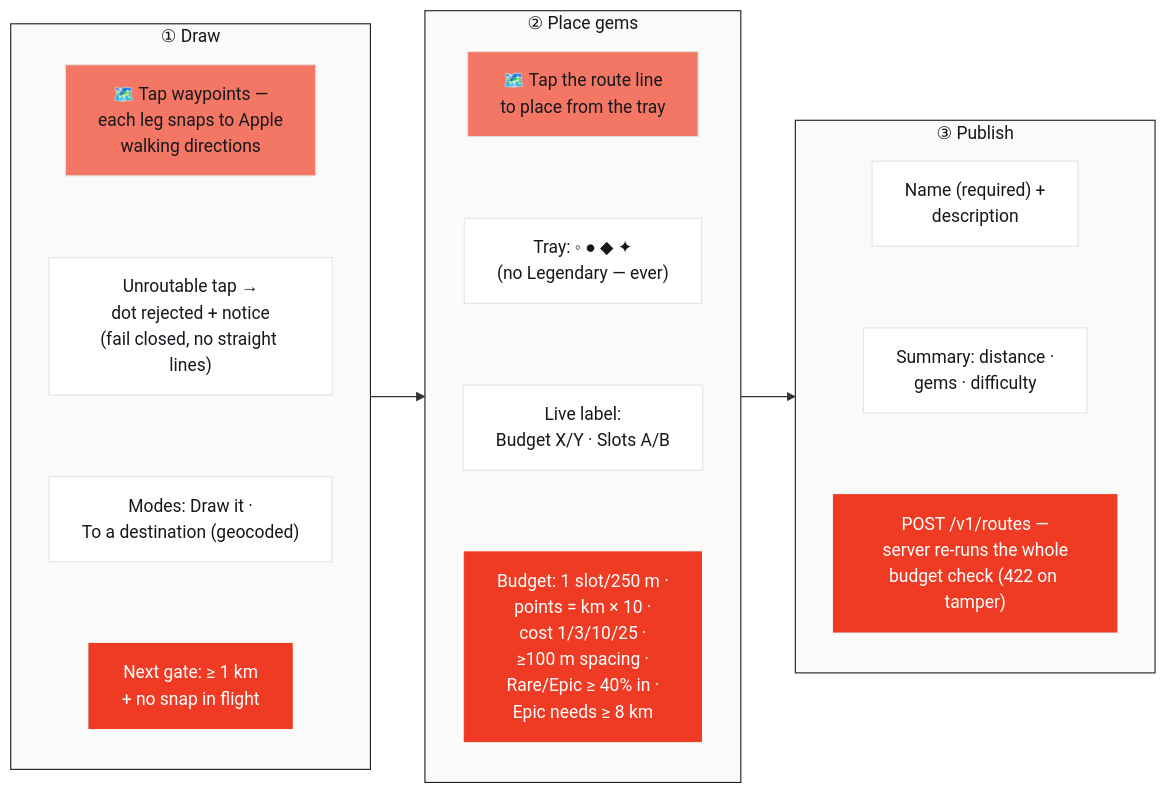
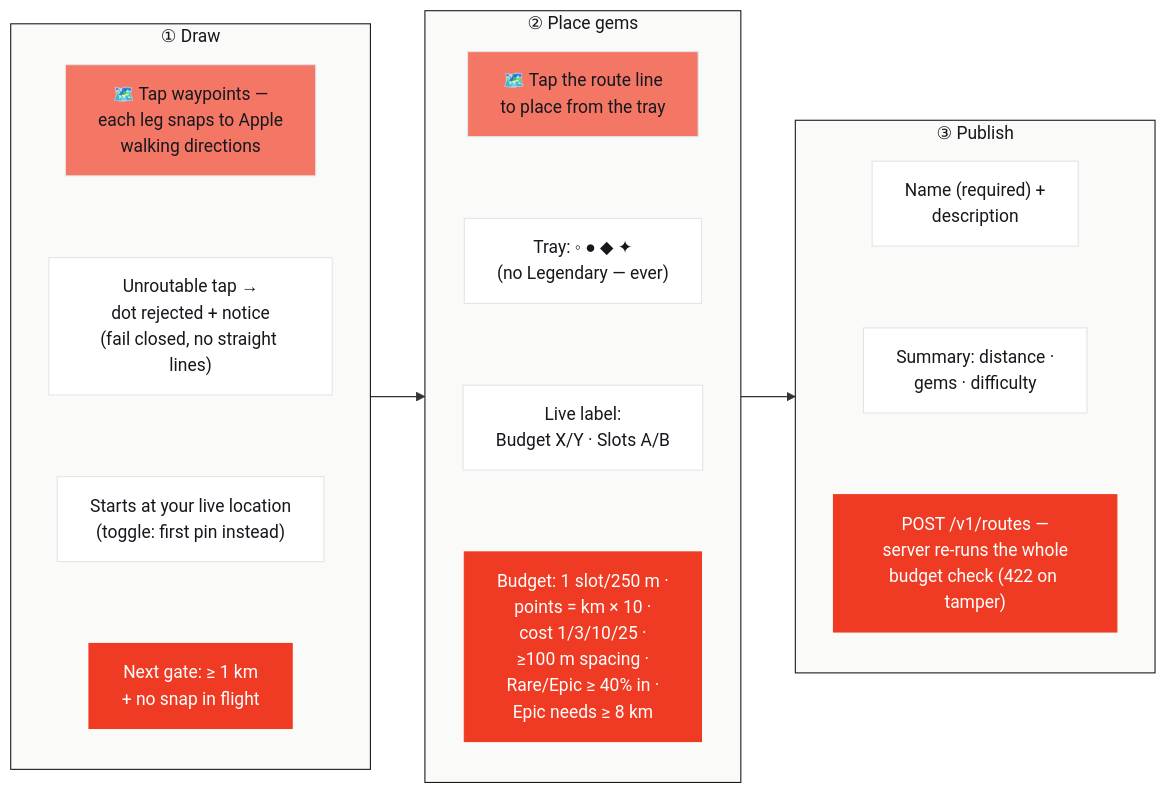
The eighth of 17 diagrams in docs/16-architecture-deep-dive.md (Ifthikar20/project-gr), drawn with Mermaid before and after one commit. The commit also changed 2 other files, not shown here.

Commit message:
Route creation starts at your location; destination mode removed for now
Plan-your-route rework:
- New "Start from my location" toggle (default on): the first tap also
  plants the start dot at the runner's live position, and the leg from
  you to your tap goes through the same walkability verification as any
  other. Toggle off = the first pin is the start (original behavior).
  Locked once drawing begins; undo back to an empty map unlocks it. No
  GPS fix yet degrades gracefully to first-pin start with a notice.
- The "To a destination" creation mode is removed: the segmented picker,
  destination controls, and all its model state and planning functions
  (geocoding, generation token, snapVerified path). Explore's separate
  destination-pin run mode is untouched.

docs/16 creation wireframe updated to match.

Claude-Session: https://claude.ai/code/session_0154gvu5LpDpN8yS3GDbG3GY

````diff
--- a/docs/16-architecture-deep-dive.md
+++ b/docs/16-architecture-deep-dive.md
@@ -344,33 +344,33 @@
 ```mermaid
 flowchart LR
     subgraph S1["① Draw"]
         direction TB
         A1["🗺️ Tap waypoints —<br/>each leg snaps to Apple<br/>walking directions"]:::map
         A2["Unroutable tap →<br/>dot rejected + notice<br/>(fail closed, no straight lines)"]:::card
-        A3["Modes: Draw it ·<br/>To a destination (geocoded)"]:::card
+        A3["Starts at your live location<br/>(toggle: first pin instead)"]:::card
         A4["Next gate: ≥ 1 km<br/>+ no snap in flight"]:::pulse
         A1 ~~~ A2 ~~~ A3 ~~~ A4
     end
     subgraph S2["② Place gems"]
         direction TB
         B1["🗺️ Tap the route line<br/>to place from the tray"]:::map
         B2["Tray: ◦ ● ◆ ✦<br/>(no Legendary — ever)"]:::card
         B3["Live label:<br/>Budget X/Y · Slots A/B"]:::card
         B4["Budget: 1 slot/250 m ·<br/>points = km × 10 ·<br/>cost 1/3/10/25 ·<br/>≥100 m spacing ·<br/>Rare/Epic ≥ 40% in ·<br/>Epic needs ≥ 8 km"]:::pulse
         B1 ~~~ B2 ~~~ B3 ~~~ B4
     end
     subgraph S3["③ Publish"]
         direction TB
         P1["Name (required) +<br/>description"]:::card
         P2["Summary: distance ·<br/>gems · difficulty"]:::card
         P3["POST /v1/routes —<br/>server re-runs the whole<br/>budget check (422 on tamper)"]:::pulse
         P1 ~~~ P2 ~~~ P3
     end
     S1 --> S2 --> S3
     classDef card fill:#FFFFFF,stroke:#E3E4E5,color:#16181D
     classDef map fill:#F47665,stroke:#E3E4E5,color:#16181D
     classDef pulse fill:#EF3B23,stroke:#EF3B23,color:#FFFFFF
     style S1 fill:#FAFAF8,stroke:#16181D,color:#16181D
     style S2 fill:#FAFAF8,stroke:#16181D,color:#16181D
     style S3 fill:#FAFAF8,stroke:#16181D,color:#16181D
 ```
````
